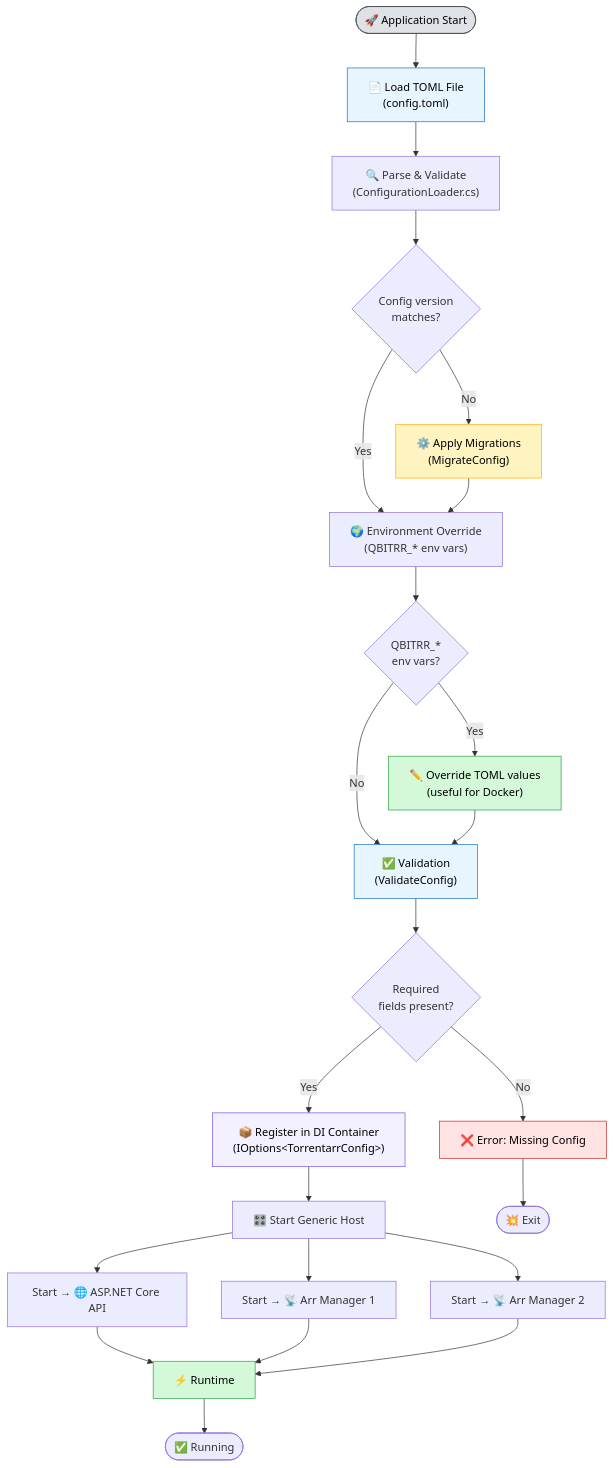
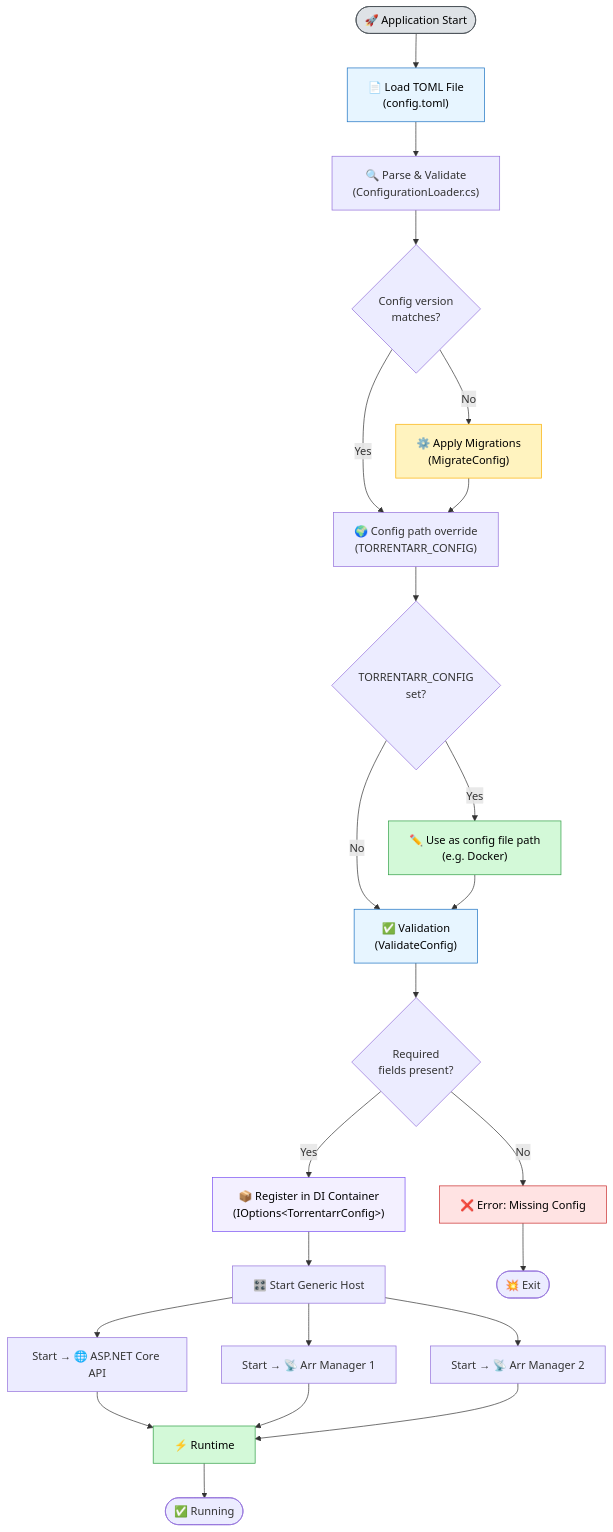
The third of 6 diagrams in docs/advanced/architecture.md (Feramance/Torrentarr), drawn with Mermaid before and after one commit. The commit also changed other lines of this file and 35 other files, not shown here.

````diff
--- a/docs/advanced/architecture.md
+++ b/docs/advanced/architecture.md
@@ -192,49 +192,49 @@
 ```mermaid
 flowchart TD
     Start([🚀 Application Start])
 
     Start --> LoadTOML["📄 Load TOML File<br/>(config.toml)"]
 
     LoadTOML --> ParseTOML["🔍 Parse & Validate<br/>(ConfigurationLoader.cs)"]
 
     ParseTOML --> CheckVersion{Config version<br/>matches?}
 
     CheckVersion -->|No| Migrate["⚙️ Apply Migrations<br/>(MigrateConfig)"]
     CheckVersion -->|Yes| EnvVars
 
-    Migrate --> EnvVars["🌍 Environment Override<br/>(QBITRR_* env vars)"]
+    Migrate --> EnvVars["🌍 Config path override<br/>(TORRENTARR_CONFIG)"]
 
-    EnvVars --> CheckEnv{QBITRR_*<br/>env vars?}
+    EnvVars --> CheckEnv{TORRENTARR_CONFIG<br/>set?}
 
-    CheckEnv -->|Yes| Override["✏️ Override TOML values<br/>(useful for Docker)"]
+    CheckEnv -->|Yes| Override["✏️ Use as config file path<br/>(e.g. Docker)"]
     CheckEnv -->|No| Validate
 
     Override --> Validate["✅ Validation<br/>(ValidateConfig)"]
 
     Validate --> CheckRequired{Required<br/>fields present?}
 
     CheckRequired -->|No| Error["❌ Error: Missing Config"]
     CheckRequired -->|Yes| DI["📦 Register in DI Container<br/>(IOptions&lt;TorrentarrConfig&gt;)"]
 
     DI --> StartHost["🎛️ Start Generic Host"]
 
     StartHost --> StartWebAPI["Start → 🌐 ASP.NET Core API"]
     StartHost --> SpawnArr1["Start → 📡 Arr Manager 1"]
     StartHost --> SpawnArr2["Start → 📡 Arr Manager 2"]
 
     StartWebAPI --> Runtime["⚡ Runtime"]
     SpawnArr1 --> Runtime
     SpawnArr2 --> Runtime
 
     Error --> End([💥 Exit])
     Runtime --> End2([✅ Running])
 
     style Start fill:#dee2e6,stroke:#495057,color:#000
     style LoadTOML fill:#e7f5ff,stroke:#1971c2,color:#000
     style Migrate fill:#fff3bf,stroke:#fab005,color:#000
     style Override fill:#d3f9d8,stroke:#2f9e44,color:#000
     style Validate fill:#e7f5ff,stroke:#1971c2,color:#000
     style Error fill:#ffe3e3,stroke:#c92a2a,color:#000
     style DI fill:#f3f0ff,stroke:#7950f2,color:#000
     style Runtime fill:#d3f9d8,stroke:#2f9e44,color:#000
 ```
````
